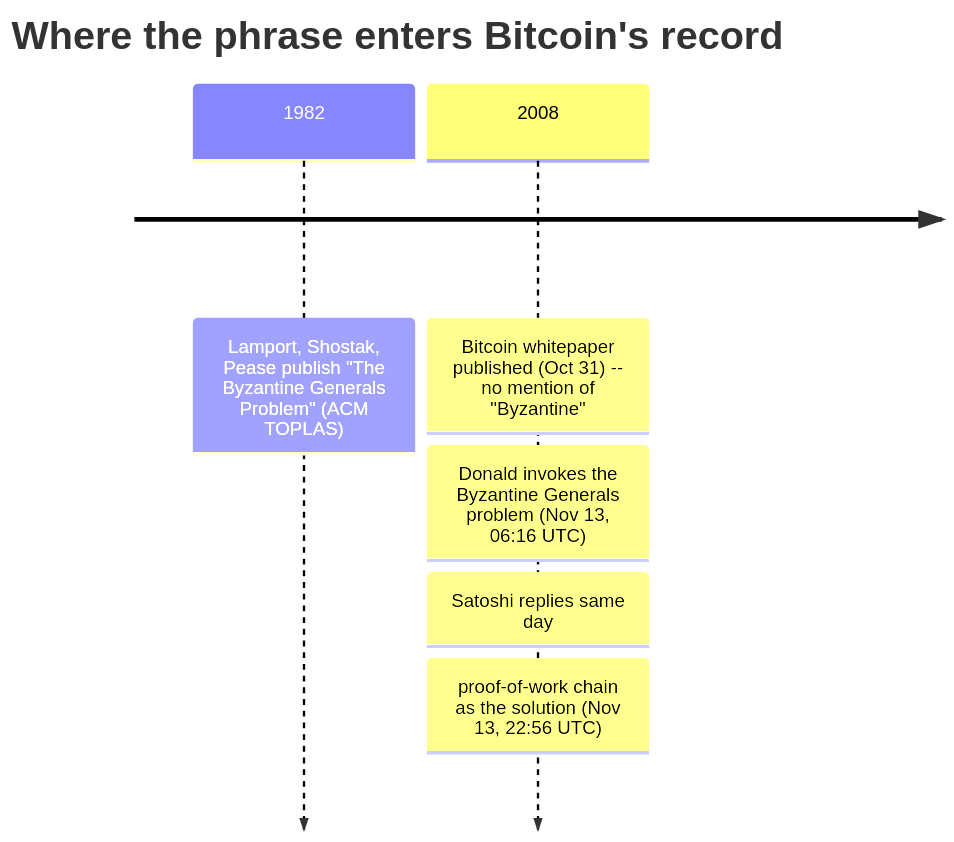
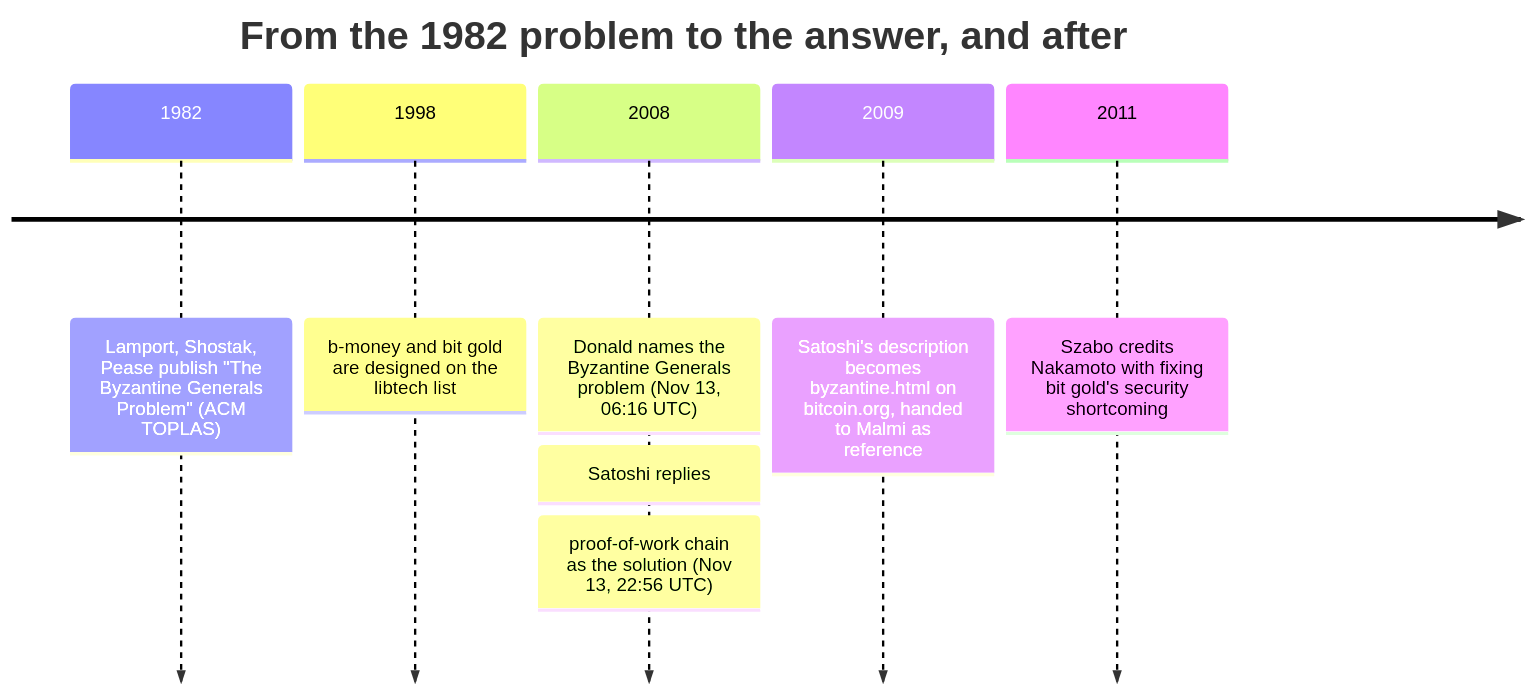
The diagram in src/data/entries/en/analysis/2008-11-13-byzantine-generals-problem.md (cypher256/BitcoinArchive), drawn with Mermaid before and after one commit. The commit also changed other lines of this file and 6 other files, not shown here.

First line of the commit message:
Rebuild Byzantine Generals analysis around the precursor-gap thesis

````diff
--- a/src/data/entries/en/analysis/2008-11-13-byzantine-generals-problem.md
+++ b/src/data/entries/en/analysis/2008-11-13-byzantine-generals-problem.md
@@ -65,11 +82,15 @@
 ```mermaid
 timeline
-    title Where the phrase enters Bitcoin's record
+    title From the 1982 problem to the answer, and after
     1982 : Lamport, Shostak, Pease publish "The Byzantine Generals Problem" (ACM TOPLAS)
-    2008 : Bitcoin whitepaper published (Oct 31) -- no mention of "Byzantine"
-    %% link: /BitcoinArchive/entries/emails/cryptography/2008-10-31-bitcoin-whitepaper-final/
-         : Donald invokes the Byzantine Generals problem (Nov 13, 06:16 UTC)
+    1998 : b-money and bit gold are designed on the libtech list
+    %% link: /BitcoinArchive/entries/aftermath/1998-11-26-wei-dai-pipenet-b-money-announcement/
+    2008 : Donald names the Byzantine Generals problem (Nov 13, 06:16 UTC)
     %% link: /BitcoinArchive/entries/emails/cryptography/bitcoin-p2p-e-cash-paper/2008-11-13-james-donald-byzantine-generals-problem/
-         : Satoshi replies same day: proof-of-work chain as the solution (Nov 13, 22:56 UTC)
+         : Satoshi replies: proof-of-work chain as the solution (Nov 13, 22:56 UTC)
     %% link: /BitcoinArchive/entries/emails/cryptography/bitcoin-p2p-e-cash-paper/2008-11-13-re-bitcoin-p2p-e-cash-paper-satoshi-2/
+    2009 : Satoshi's description becomes byzantine.html on bitcoin.org, handed to Malmi as reference
+    %% link: /BitcoinArchive/entries/correspondence/martti-malmi/2009-05-03-bitcoin-003/
+    2011 : Szabo credits Nakamoto with fixing bit gold's security shortcoming
+    %% link: /BitcoinArchive/entries/aftermath/2011-05-28-nick-szabo-bitcoin-what-took-ye-so-long/
 ```
````
